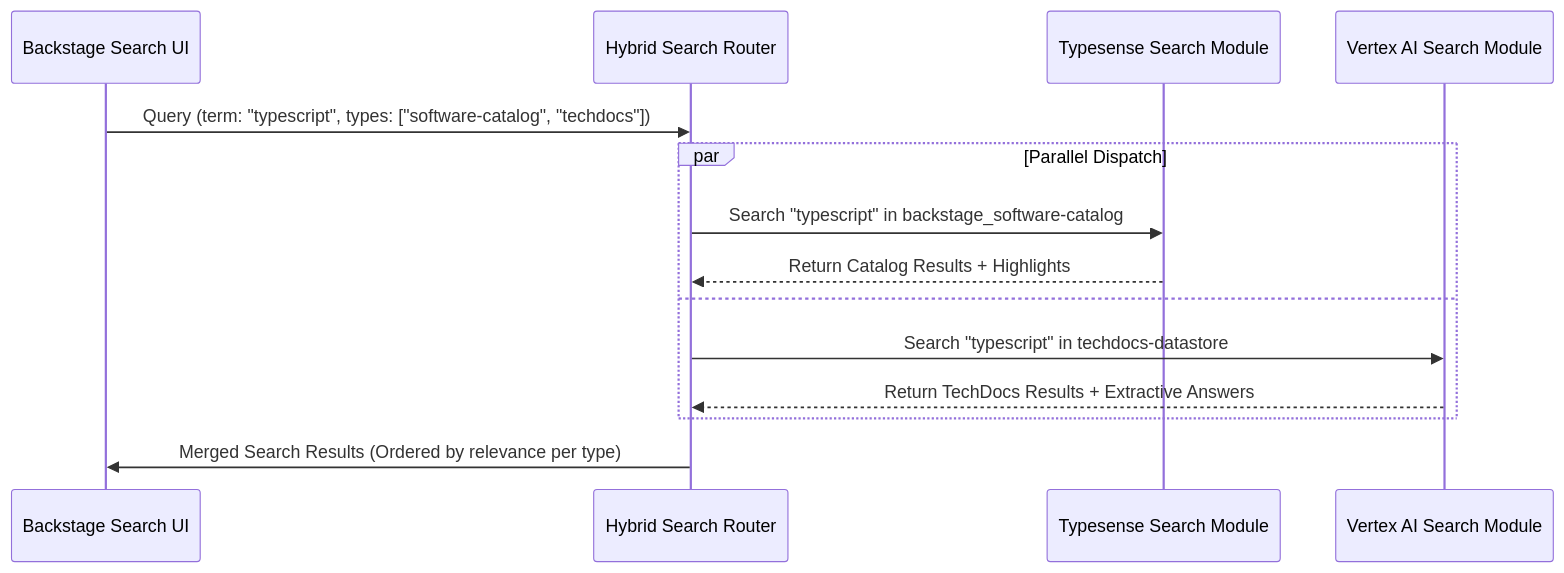
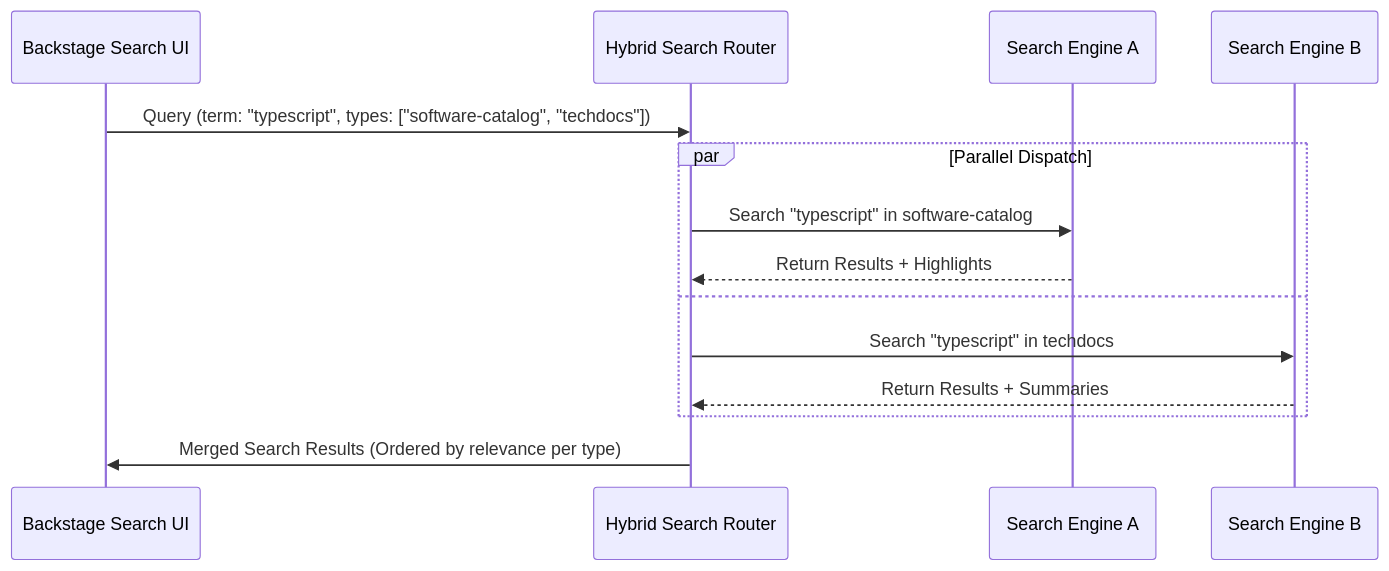
One commit to cooldemos/community-plugins changed the second of 7 diagrams in workspaces/hybrid-search/docs/architecture.md. Above: the diagram before and after it, drawn with Mermaid. The commit also changed other lines of this file, not shown here.

Commit message:
docs: generalize hybrid search architecture document to conceptual routing focus

````diff
--- a/workspaces/hybrid-search/docs/architecture.md
+++ b/workspaces/hybrid-search/docs/architecture.md
@@ -63,17 +58,17 @@
 ```mermaid
 sequenceDiagram
     participant User as Backstage Search UI
     participant Router as Hybrid Search Router
-    participant TS as Typesense Search Module
-    participant VAI as Vertex AI Search Module
+    participant EngineA as Search Engine A
+    participant EngineB as Search Engine B
 
     User->>Router: Query (term: "typescript", types: ["software-catalog", "techdocs"])
     par Parallel Dispatch
-        Router->>TS: Search "typescript" in backstage_software-catalog
-        TS-->>Router: Return Catalog Results + Highlights
+        Router->>EngineA: Search "typescript" in software-catalog
+        EngineA-->>Router: Return Results + Highlights
     and
-        Router->>VAI: Search "typescript" in techdocs-datastore
-        VAI-->>Router: Return TechDocs Results + Extractive Answers
+        Router->>EngineB: Search "typescript" in techdocs
+        EngineB-->>Router: Return Results + Summaries
     end
     Router->>User: Merged Search Results (Ordered by relevance per type)
 ```
````
